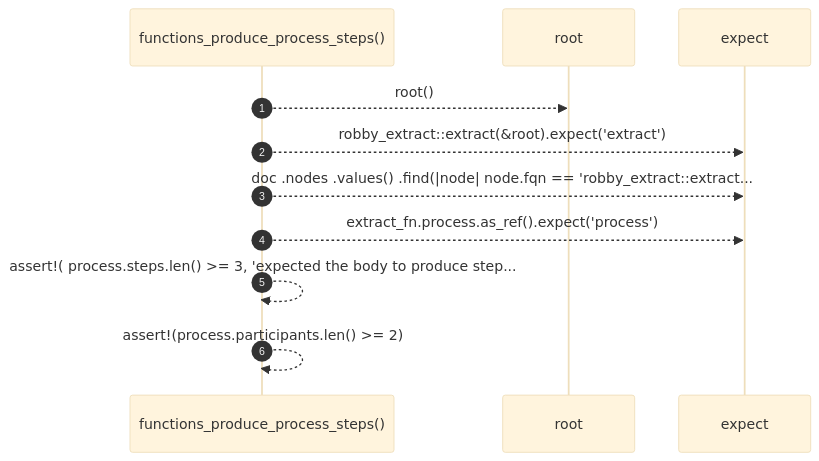
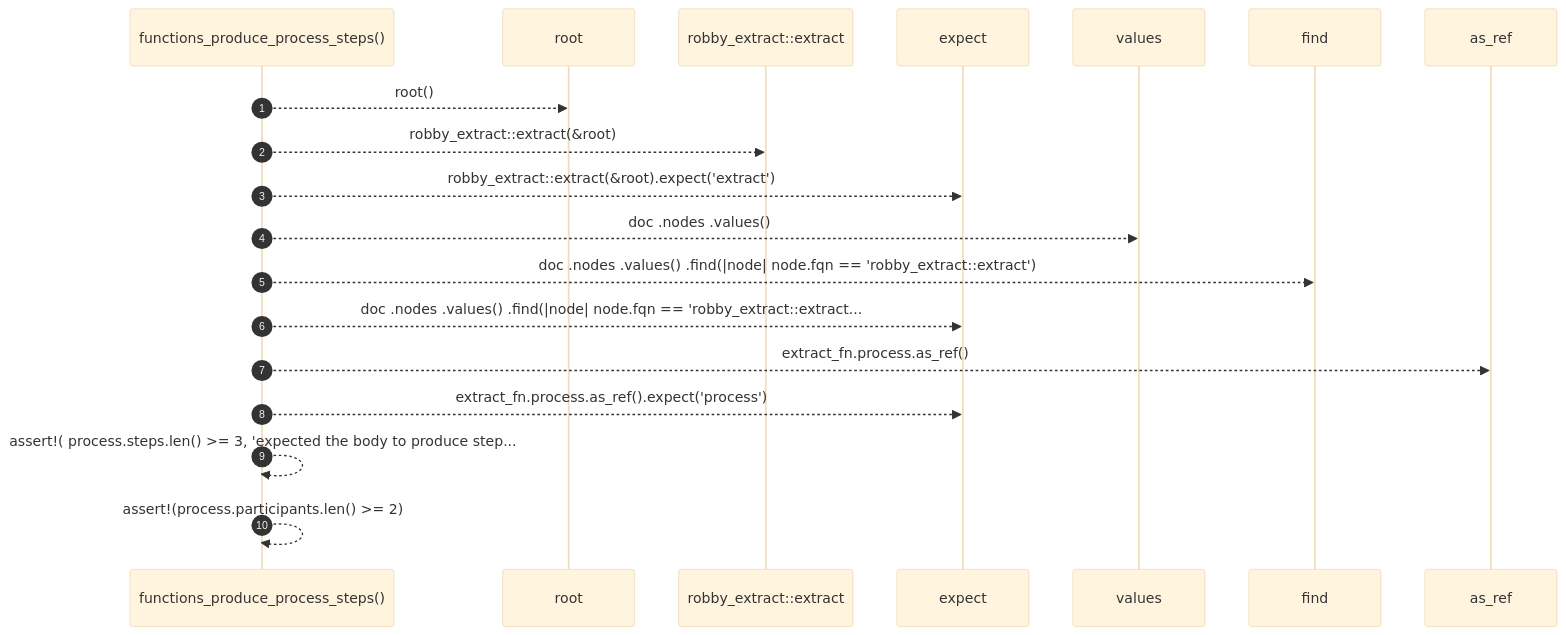
Before and after one commit to RyanGuild/self-describing-code: the diagram in docs/self-model/robby_extract/test_extract/functions-produce-process-steps.md, drawn with Mermaid (base theme). The commit also changed other lines of this file and 1404 other files, not shown here.

````diff
--- a/docs/self-model/robby_extract/test_extract/functions-produce-process-steps.md
+++ b/docs/self-model/robby_extract/test_extract/functions-produce-process-steps.md
@@ -34,13 +34,21 @@
 ```mermaid
 sequenceDiagram
     autonumber
     participant functions_produce_process_steps as functions_produce_process_steps()
     participant root as root
+    participant robby_extract__extract as robby_extract::extract
     participant expect as expect
+    participant values as values
+    participant find as find
+    participant as_ref as as_ref
     functions_produce_process_steps-->>root: root()
+    functions_produce_process_steps-->>robby_extract__extract: robby_extract::extract(&root)
     functions_produce_process_steps-->>expect: robby_extract::extract(&root).expect('extract')
+    functions_produce_process_steps-->>values: doc .nodes .values()
+    functions_produce_process_steps-->>find: doc .nodes .values() .find(|node| node.fqn == 'robby_extract::extract')
     functions_produce_process_steps-->>expect: doc .nodes .values() .find(|node| node.fqn == 'robby_extract::extract...
+    functions_produce_process_steps-->>as_ref: extract_fn.process.as_ref()
     functions_produce_process_steps-->>expect: extract_fn.process.as_ref().expect('process')
     functions_produce_process_steps-->>functions_produce_process_steps: assert!( process.steps.len() >= 3, 'expected the body to produce step...
     functions_produce_process_steps-->>functions_produce_process_steps: assert!(process.participants.len() >= 2)
 ```
````
